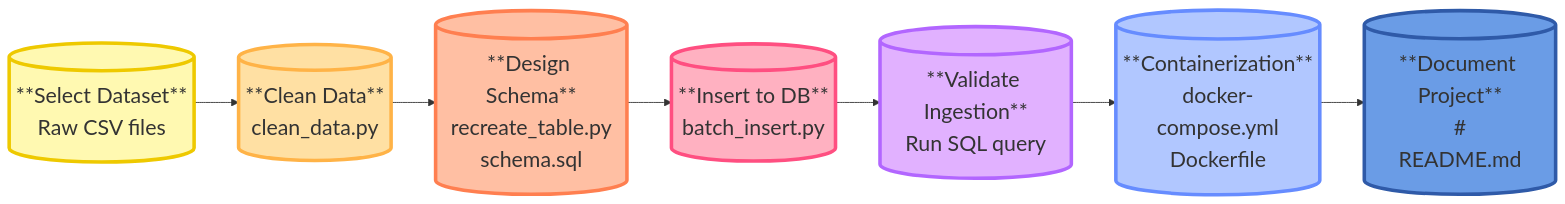
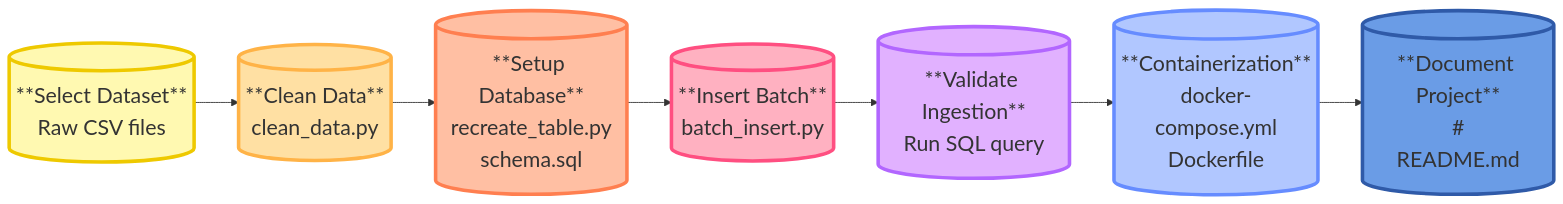
Before and after one commit to SkyFly03/DLBDSEDE02-Data-Engineering: the diagram in README.md, drawn with Mermaid. The commit also changed other lines of this file, not shown here.

````diff
--- a/README.md
+++ b/README.md
@@ -42,18 +36,18 @@
 ```mermaid
 graph LR
     A[(  **Select Dataset**<br/>Raw CSV files  )] --> B[(  **Clean Data**<br/>clean_data.py  )]
-    B --> C[(  **Design Schema**<br/>recreate_table.py<br/>schema.sql  )]
-    C --> D[(  **Insert to DB**<br/>batch_insert.py  )]
+    B --> C[(  **Setup Database**<br/>recreate_table.py<br/>schema.sql  )]
+    C --> D[(  **Insert Batch**<br/>batch_insert.py  )]
     D --> E[(  **Validate Ingestion**<br/>Run SQL query  )]
     E --> F[(  **Containerization**<br/>docker-compose.yml<br/>Dockerfile  )]
     F --> G[(  **Document Project**<br/>#<br/>README.md  )]
 
     %% Node colors and font size
     style A fill:#fff9b1,stroke:#eec900,stroke-width:4px,font-size:24px
     style B fill:#ffe0a3,stroke:#ffb347,stroke-width:4px,font-size:24px
     style C fill:#ffbfa3,stroke:#ff7f50,stroke-width:4px,font-size:24px
     style D fill:#ffb1c1,stroke:#ff4f81,stroke-width:4px,font-size:24px
     style E fill:#e1b1ff,stroke:#b266ff,stroke-width:4px,font-size:24px
     style F fill:#b1c7ff,stroke:#668cff,stroke-width:4px,font-size:24px
     style G fill:#6a9ce6,stroke:#2f5aa8,stroke-width:4px,font-size:24px
 ```
````
